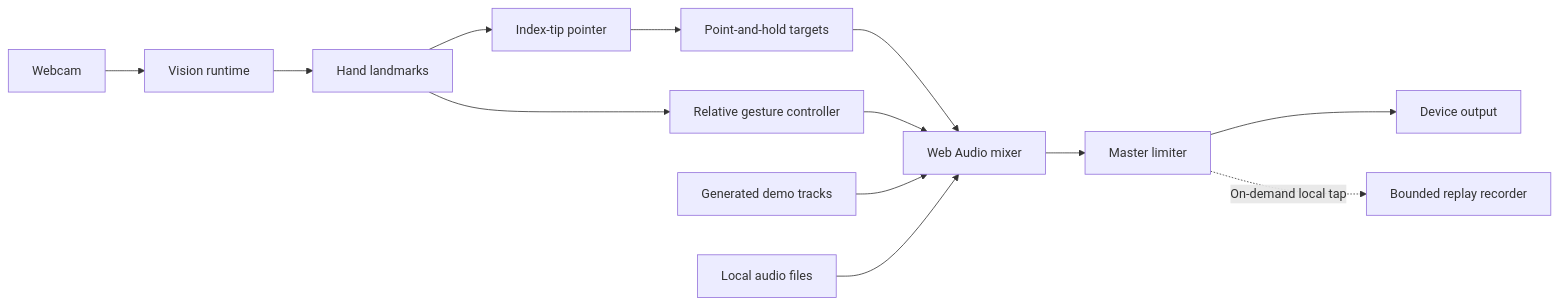
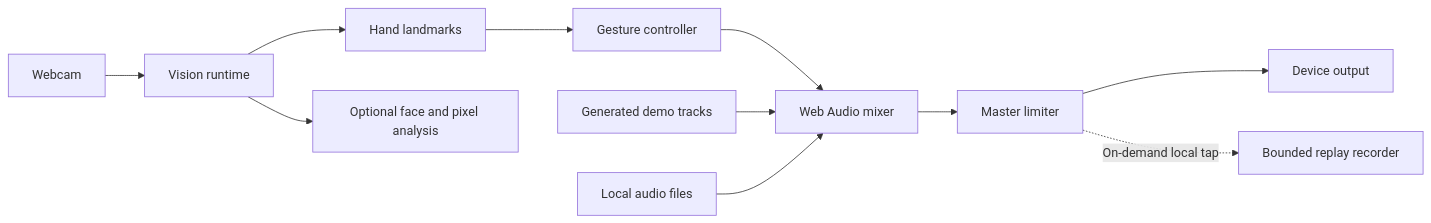
One commit to kaantaskentt/conductor-vision changed the diagram in docs/ARCHITECTURE.md. Above: the diagram before and after it, drawn with Mermaid. The commit also changed other lines of this file and 30 other files, not shown here.

````diff
--- a/docs/ARCHITECTURE.md
+++ b/docs/ARCHITECTURE.md
@@ -7,15 +7,13 @@
 ```mermaid
 flowchart LR
   Camera[Webcam] --> Runtime[Vision runtime]
   Runtime --> Hand[Hand landmarks]
-  Hand --> Pointer[Index-tip pointer]
-  Pointer --> Targets[Point-and-hold targets]
-  Hand --> Gesture[Relative gesture controller]
-  Targets --> Mixer
+  Runtime --> Face[Optional face and pixel analysis]
+  Hand --> Gesture[Gesture controller]
   Gesture --> Mixer[Web Audio mixer]
   Demo[Generated demo tracks] --> Mixer
   Files[Local audio files] --> Mixer
   Mixer --> Master[Master limiter]
   Master --> Output[Device output]
   Master -. On-demand local tap .-> Replay[Bounded replay recorder]
 ```
````
